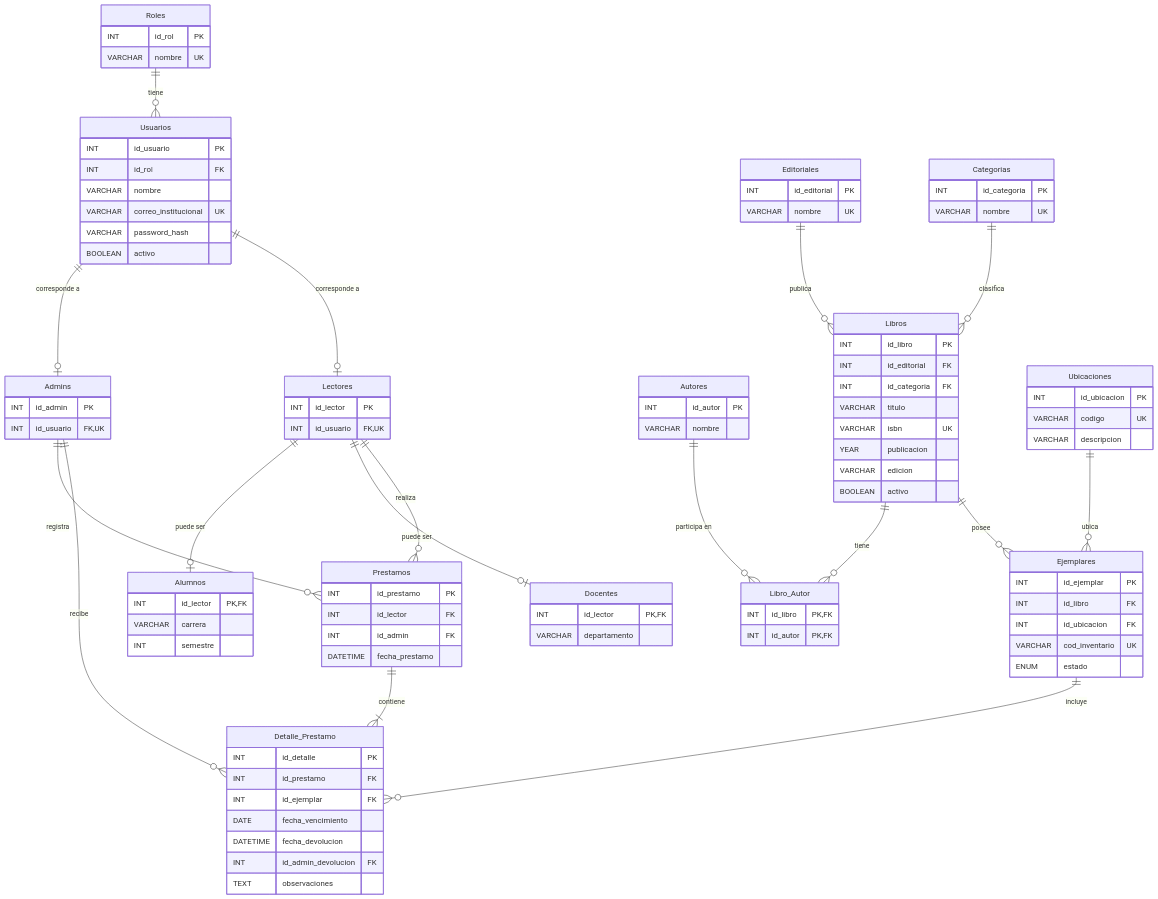
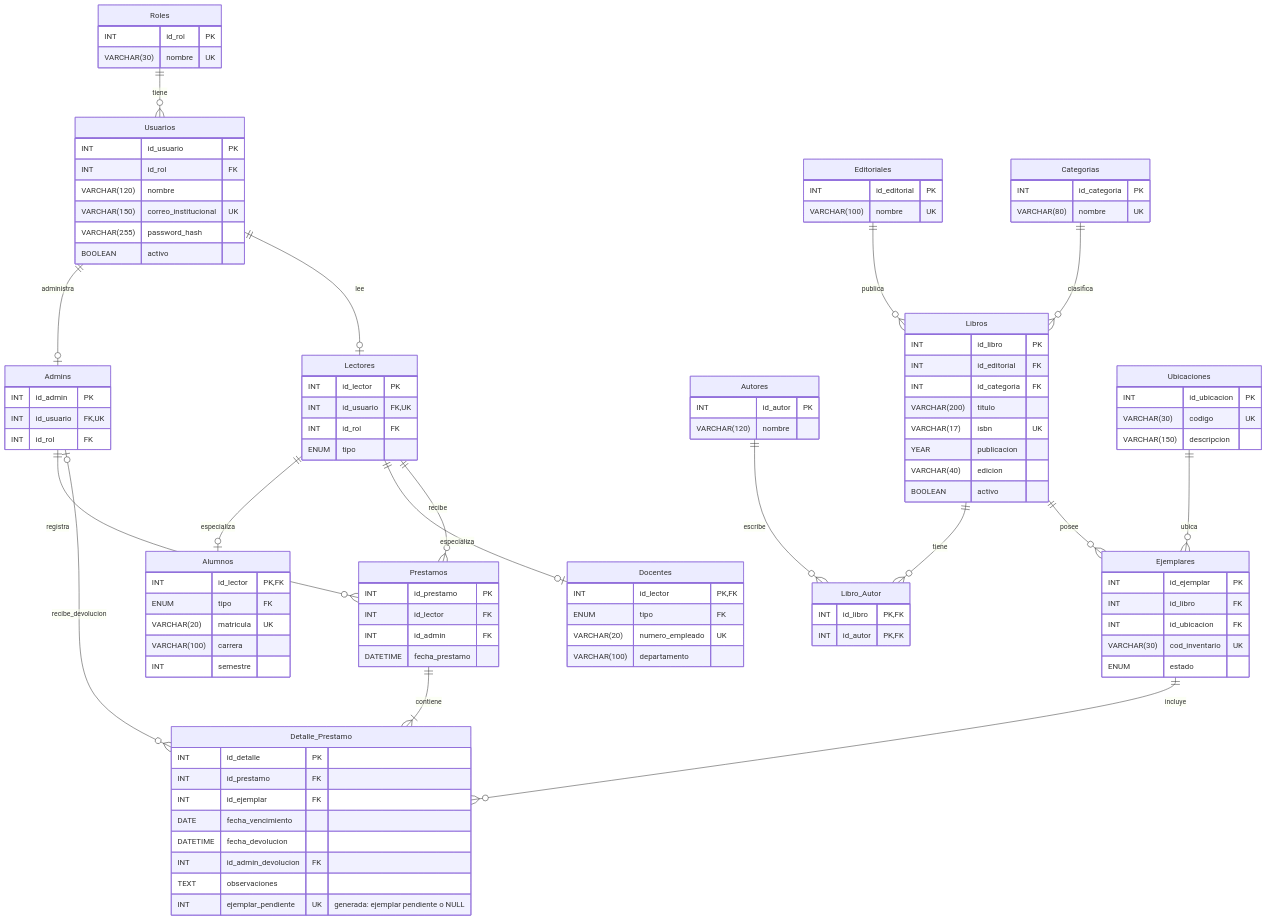
The diagram in readme.md (axelcisneros28032026/BiblioApp), drawn with Mermaid before and after one commit. The commit also changed other lines of this file and 2 other files, not shown here.

````diff
--- a/readme.md
+++ b/readme.md
@@ -71,93 +73,85 @@
 ```mermaid
 erDiagram
-
     Roles {
         INT id_rol PK
-        VARCHAR nombre UK
+        VARCHAR(30) nombre UK
     }
-
     Usuarios {
         INT id_usuario PK
         INT id_rol FK
-        VARCHAR nombre
-        VARCHAR correo_institucional UK
-        VARCHAR password_hash
+        VARCHAR(120) nombre
+        VARCHAR(150) correo_institucional UK
+        VARCHAR(255) password_hash
         BOOLEAN activo
     }
-
     Admins {
         INT id_admin PK
-        INT id_usuario FK, UK
+        INT id_usuario FK,UK
+        INT id_rol FK
     }
-
     Lectores {
         INT id_lector PK
-        INT id_usuario FK, UK
+        INT id_usuario FK,UK
+        INT id_rol FK
+        ENUM tipo
     }
-
     Alumnos {
-        INT id_lector PK, FK
-        VARCHAR carrera
+        INT id_lector PK,FK
+        ENUM tipo FK
+        VARCHAR(20) matricula UK
+        VARCHAR(100) carrera
         INT semestre
     }
-
     Docentes {
-        INT id_lector PK, FK
-        VARCHAR departamento
+        INT id_lector PK,FK
+        ENUM tipo FK
+        VARCHAR(20) numero_empleado UK
+        VARCHAR(100) departamento
     }
-
     Editoriales {
         INT id_editorial PK
-        VARCHAR nombre UK
+        VARCHAR(100) nombre UK
     }
-
     Categorias {
         INT id_categoria PK
-        VARCHAR nombre UK
+        VARCHAR(80) nombre UK
     }
-
     Autores {
         INT id_autor PK
-        VARCHAR nombre
+        VARCHAR(120) nombre
     }
-
     Libros {
         INT id_libro PK
         INT id_editorial FK
         INT id_categoria FK
-        VARCHAR titulo
-        VARCHAR isbn UK
+        VARCHAR(200) titulo
+        VARCHAR(17) isbn UK
         YEAR publicacion
-        VARCHAR edicion
+        VARCHAR(40) edicion
         BOOLEAN activo
     }
-
     Libro_Autor {
-        INT id_libro PK, FK
-        INT id_autor PK, FK
+        INT id_libro PK,FK
+        INT id_autor PK,FK
     }
-
     Ubicaciones {
         INT id_ubicacion PK
-        VARCHAR codigo UK
-        VARCHAR descripcion
+        VARCHAR(30) codigo UK
+        VARCHAR(150) descripcion
     }
-
     Ejemplares {
         INT id_ejemplar PK
         INT id_libro FK
         INT id_ubicacion FK
-        VARCHAR cod_inventario UK
+        VARCHAR(30) cod_inventario UK
         ENUM estado
     }
-
     Prestamos {
         INT id_prestamo PK
         INT id_lector FK
         INT id_admin FK
         DATETIME fecha_prestamo
     }
-
     Detalle_Prestamo {
         INT id_detalle PK
         INT id_prestamo FK
@@ -166,29 +160,22 @@
         DATETIME fecha_devolucion
         INT id_admin_devolucion FK
         TEXT observaciones
+        INT ejemplar_pendiente UK "generada: ejemplar pendiente o NULL"
     }
-
     Roles ||--o{ Usuarios : tiene
-
-    Usuarios ||--o| Admins : "corresponde a"
-    Usuarios ||--o| Lectores : "corresponde a"
-
-    Lectores ||--o| Alumnos : "puede ser"
-    Lectores ||--o| Docentes : "puede ser"
-
+    Usuarios ||--o| Admins : administra
+    Usuarios ||--o| Lectores : lee
+    Lectores ||--o| Alumnos : especializa
+    Lectores ||--o| Docentes : especializa
     Editoriales ||--o{ Libros : publica
     Categorias ||--o{ Libros : clasifica
-
     Libros ||--o{ Libro_Autor : tiene
-    Autores ||--o{ Libro_Autor : "participa en"
-
+    Autores ||--o{ Libro_Autor : escribe
     Libros ||--o{ Ejemplares : posee
     Ubicaciones ||--o{ Ejemplares : ubica
-
-    Lectores ||--o{ Prestamos : realiza
+    Lectores ||--o{ Prestamos : recibe
     Admins ||--o{ Prestamos : registra
-
     Prestamos ||--|{ Detalle_Prestamo : contiene
     Ejemplares ||--o{ Detalle_Prestamo : incluye
-    Admins ||--o{ Detalle_Prestamo : recibe
+    Admins |o--o{ Detalle_Prestamo : recibe_devolucion
 ```
````
